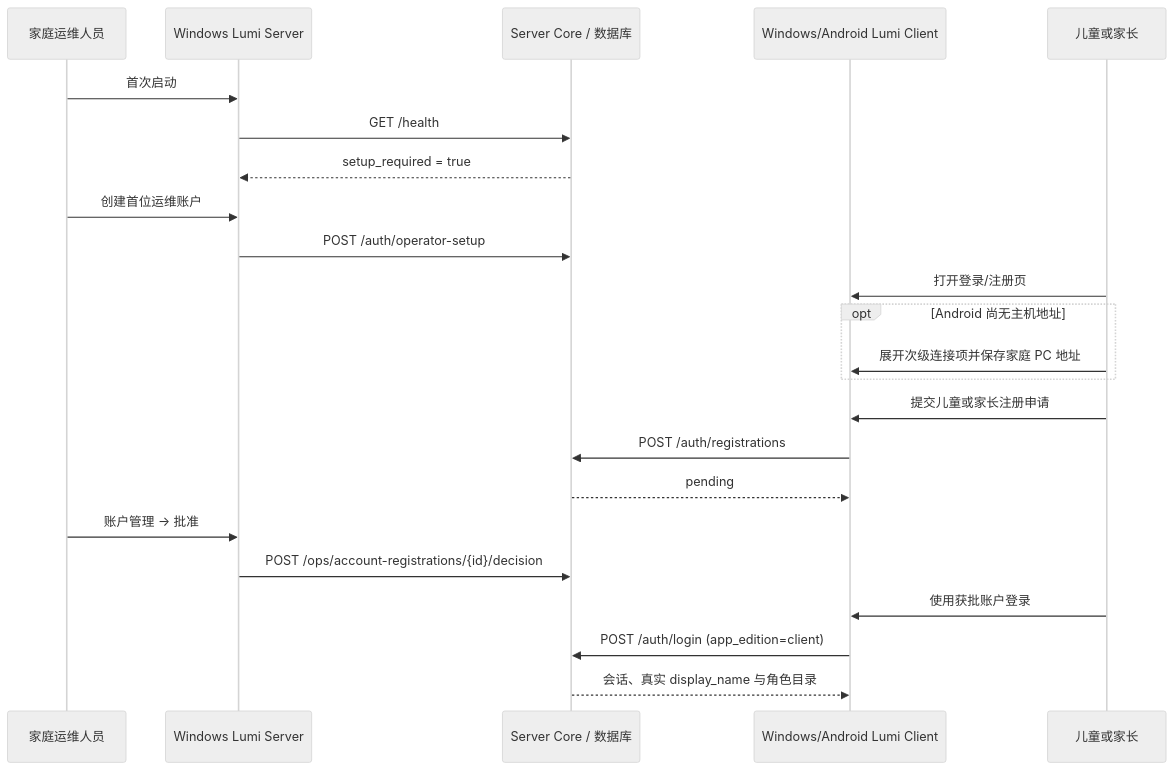
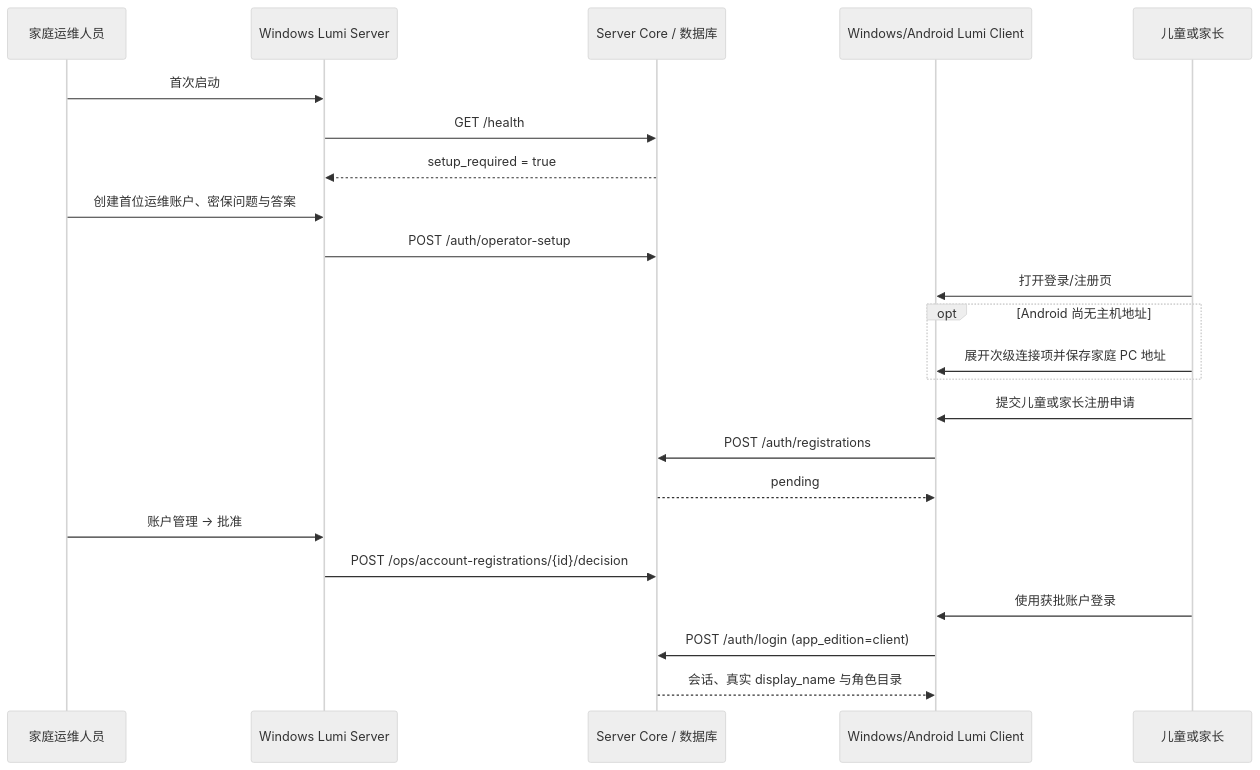
Before and after one commit to zhout9527-prog/Lumi_family_hub: the third of 11 diagrams in family-platform/IMPLEMENTATION.md, drawn with Mermaid (neutral theme). The commit also changed other lines of this file and 55 other files, not shown here.

````diff
--- a/family-platform/IMPLEMENTATION.md
+++ b/family-platform/IMPLEMENTATION.md
@@ -61,26 +61,26 @@
 ```mermaid
 sequenceDiagram
   participant Owner as 家庭运维人员
   participant Server as Windows Lumi Server
   participant Core as Server Core / 数据库
   participant Client as Windows/Android Lumi Client
   participant Member as 儿童或家长
 
   Owner->>Server: 首次启动
   Server->>Core: GET /health
   Core-->>Server: setup_required = true
-  Owner->>Server: 创建首位运维账户
+  Owner->>Server: 创建首位运维账户、密保问题与答案
   Server->>Core: POST /auth/operator-setup
   Member->>Client: 打开登录/注册页
   opt Android 尚无主机地址
     Member->>Client: 展开次级连接项并保存家庭 PC 地址
   end
   Member->>Client: 提交儿童或家长注册申请
   Client->>Core: POST /auth/registrations
   Core-->>Client: pending
   Owner->>Server: 账户管理 -> 批准
   Server->>Core: POST /ops/account-registrations/{id}/decision
   Member->>Client: 使用获批账户登录
   Client->>Core: POST /auth/login (app_edition=client)
   Core-->>Client: 会话、真实 display_name 与角色目录
 ```
````
